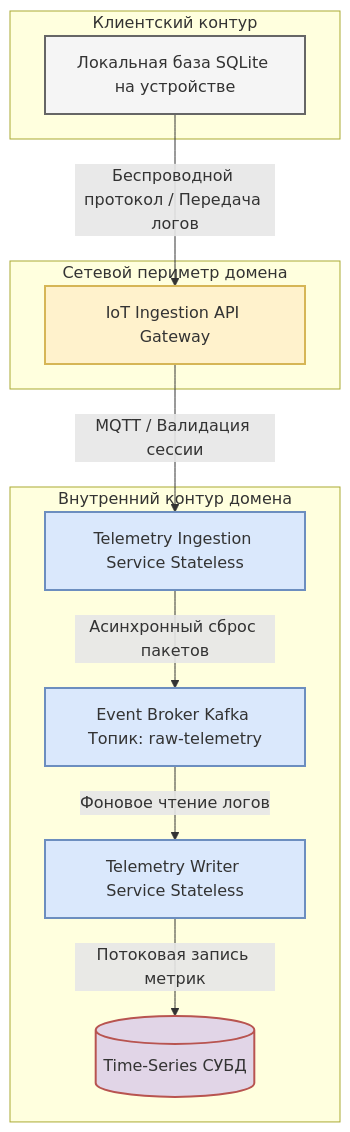
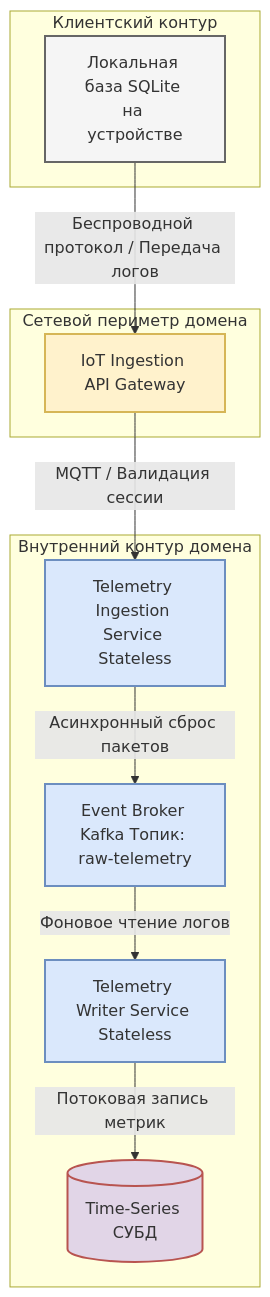
One commit to Maksim-Burning-Inside/Sports-app-architecture changed the first of 5 diagrams in stage-2-planning/13-component-architecture.md. Above: the diagram before and after it, drawn with Mermaid.

````diff
--- a/stage-2-planning/13-component-architecture.md
+++ b/stage-2-planning/13-component-architecture.md
@@ -15,30 +15,31 @@
 ```mermaid
+%%{init: {"flowchart": {"htmlLabels": true, "wrappingWidth": 120}}}%%
 graph TD
     %% Описание стилей для красивого отображения
     classDef perimeter fill:#fff2cc,stroke:#d6b656,stroke-width:2px;
     classDef internal fill:#dae8fc,stroke:#6c8ebf,stroke-width:2px;
     classDef db fill:#e1d5e7,stroke:#b85450,stroke-width:2px;
     classDef client fill:#f5f5f5,stroke:#666666,stroke-width:2px;
 
     subgraph Клиентский контур
-        A["`Локальная база SQLite на устройстве`"]:::client
+        A[Локальная база SQLite на устройстве]:::client
     end
 
     subgraph Сетевой периметр домена
         B[IoT Ingestion API Gateway]:::perimeter
     end
 
     subgraph Внутренний контур домена
         C[Telemetry Ingestion Service Stateless]:::internal
         D[Event Broker Kafka Топик: raw-telemetry]:::internal
         E[Telemetry Writer Service Stateless]:::internal
         F[(Time-Series СУБД)]:::db
     end
 
     %% Направление движения потока данных
     A -->|Беспроводной протокол / Передача логов| B
     B -->|MQTT / Валидация сессии| C
     C -->|Асинхронный сброс пакетов| D
     D -->|Фоновое чтение логов| E
     E -->|Потоковая запись метрик| F
 ```
````
